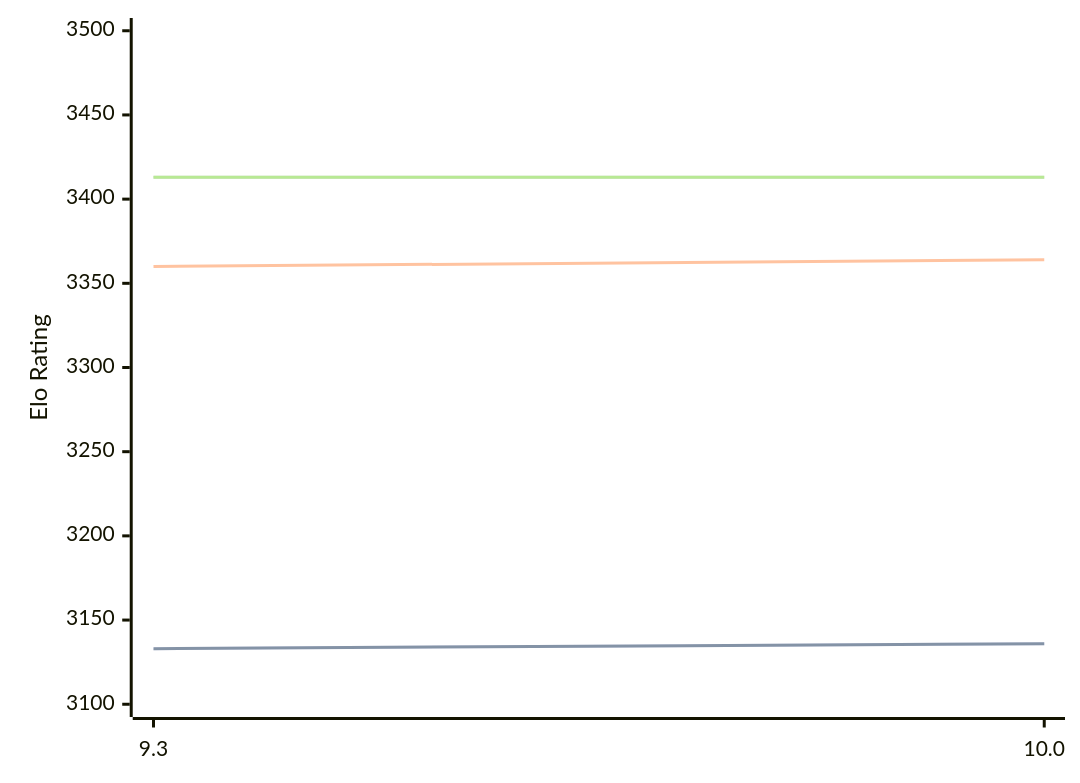
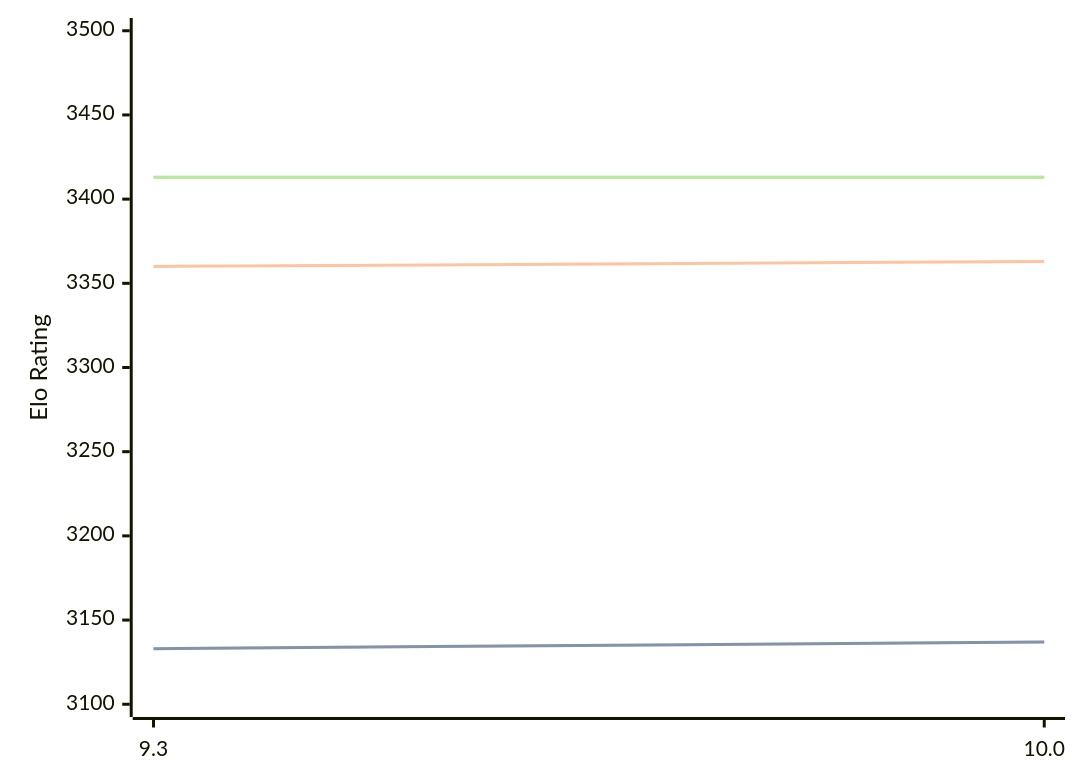
Before and after one commit to computer-chess-index/cci: the diagram in engines/Fire.md, drawn with Mermaid. The commit also changed other lines of this file, not shown here.

````diff
--- a/engines/Fire.md
+++ b/engines/Fire.md
@@ -47,11 +47,11 @@
 ```mermaid
 %%{init: {"theme":"base","themeVariables":{"seriesColors:['#a3a3a3','#222221','#faa371']}}}%%
 xychart-beta
   x-axis ["9.3", "10.0"]
   y-axis "Elo Rating" 3100 --> 3500
-  line "STC (8.0+0.08s)" [3133, 3136]
-  line "STC (8.0+0.08s)" [3133, 3136]
-  line "LTC (60.0+0.60s)" [3360, 3364]
+  line "STC (8.0+0.08s)" [3133, 3137]
+  line "STC (8.0+0.08s)" [3133, 3137]
+  line "LTC (60.0+0.60s)" [3360, 3363]
   line "VLTC (2m24s+1.12s)" [3413, 3413]
   line "VLTC (2m24s+1.12s)" [3413, 3413]
 ```
````
